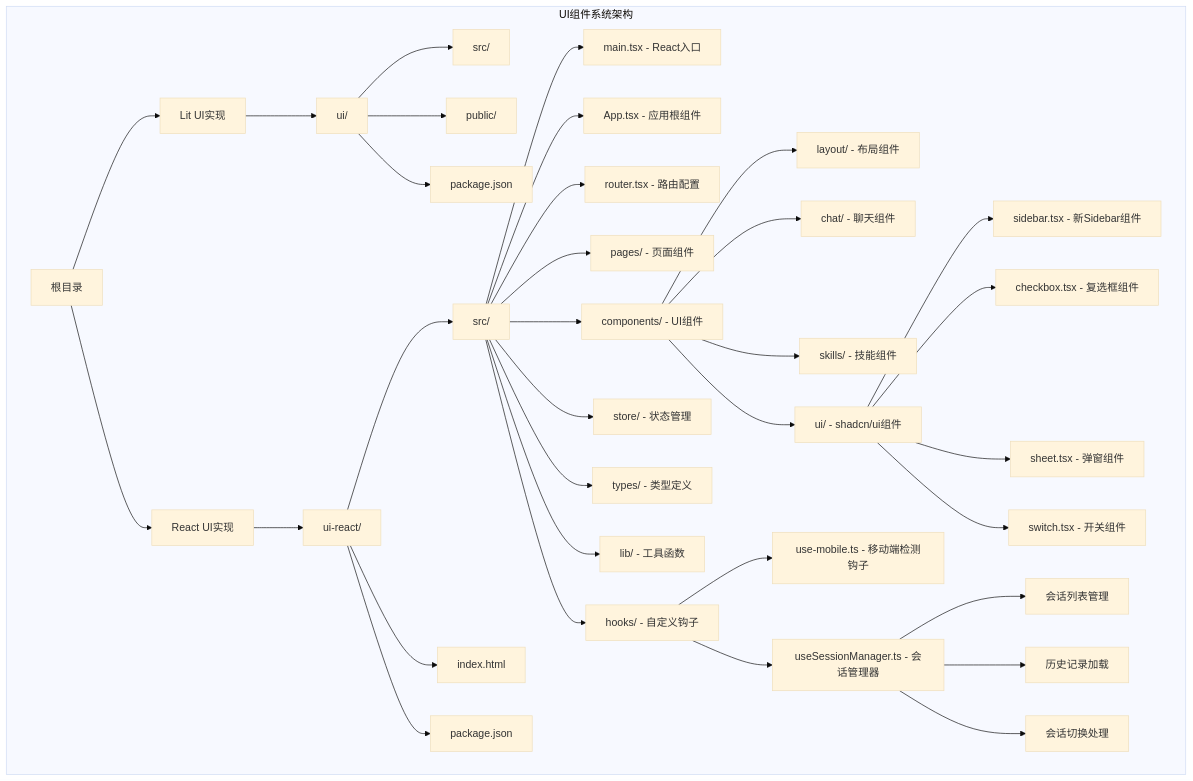
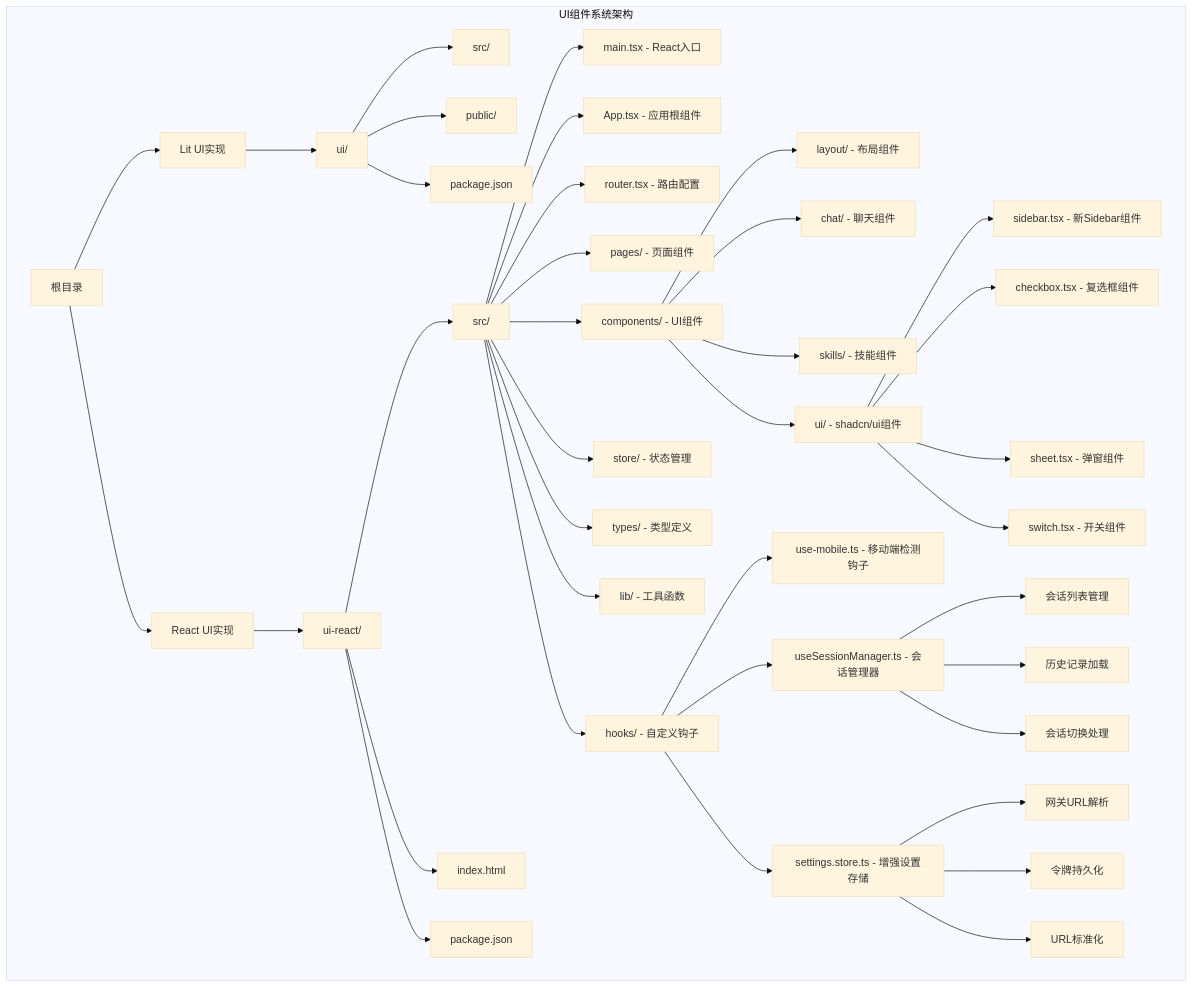
Before and after one commit to verse-ai-org/openclaw: the first of 25 diagrams in .qoder/repowiki/zh/content/Web界面/UI组件系统/UI组件系统.md, drawn with Mermaid (base theme). The commit also changed other lines of this file and 7 other files, not shown here.

````diff
--- a/.qoder/repowiki/zh/content/Web界面/UI组件系统/UI组件系统.md
+++ b/.qoder/repowiki/zh/content/Web界面/UI组件系统/UI组件系统.md
@@ -71,37 +76,41 @@
 ```mermaid
 graph TB
 subgraph "UI组件系统架构"
 A[根目录] --> B[Lit UI实现]
 A --> C[React UI实现]
 B --> D[ui/]
 C --> E[ui-react/]
 D --> F[src/]
 D --> G[public/]
 D --> H[package.json]
 E --> I[src/]
 E --> J[index.html]
 E --> K[package.json]
 I --> L[main.tsx - React入口]
 I --> M[App.tsx - 应用根组件]
 I --> N[router.tsx - 路由配置]
 I --> O[pages/ - 页面组件]
 I --> P[components/ - UI组件]
 I --> Q[store/ - 状态管理]
 I --> R[types/ - 类型定义]
 I --> S[lib/ - 工具函数]
 I --> T[hooks/ - 自定义钩子]
 P --> U[layout/ - 布局组件]
 P --> V[chat/ - 聊天组件]
 P --> W[skills/ - 技能组件]
 P --> X[ui/ - shadcn/ui组件]
 X --> Y[sidebar.tsx - 新Sidebar组件]
 X --> Z[checkbox.tsx - 复选框组件]
 X --> AA[sheet.tsx - 弹窗组件]
 X --> BB[switch.tsx - 开关组件]
 T --> CC[use-mobile.ts - 移动端检测钩子]
 T --> DD[useSessionManager.ts - 会话管理器]
 DD --> EE[会话列表管理]
 DD --> FF[历史记录加载]
 DD --> GG[会话切换处理]
+T --> HH[settings.store.ts - 增强设置存储]
+HH --> II[网关URL解析]
+HH --> JJ[令牌持久化]
+HH --> KK[URL标准化]
 end
 ```
````
